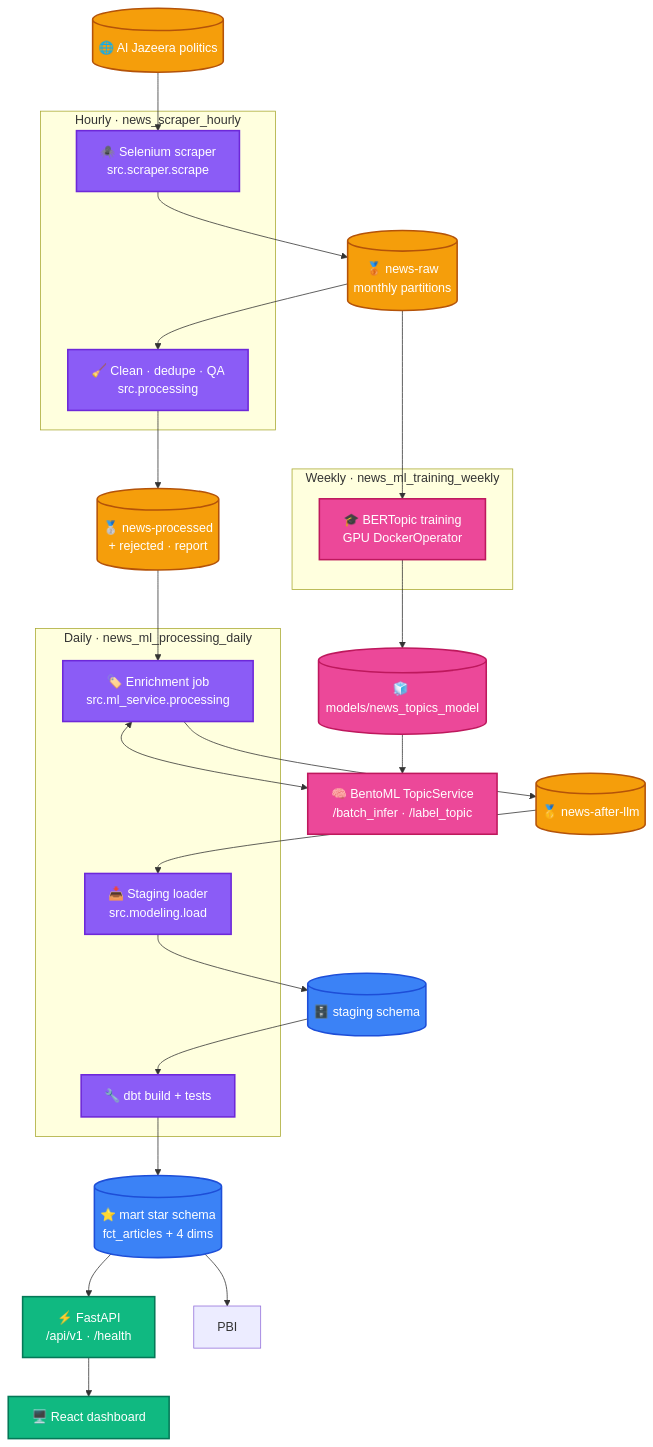
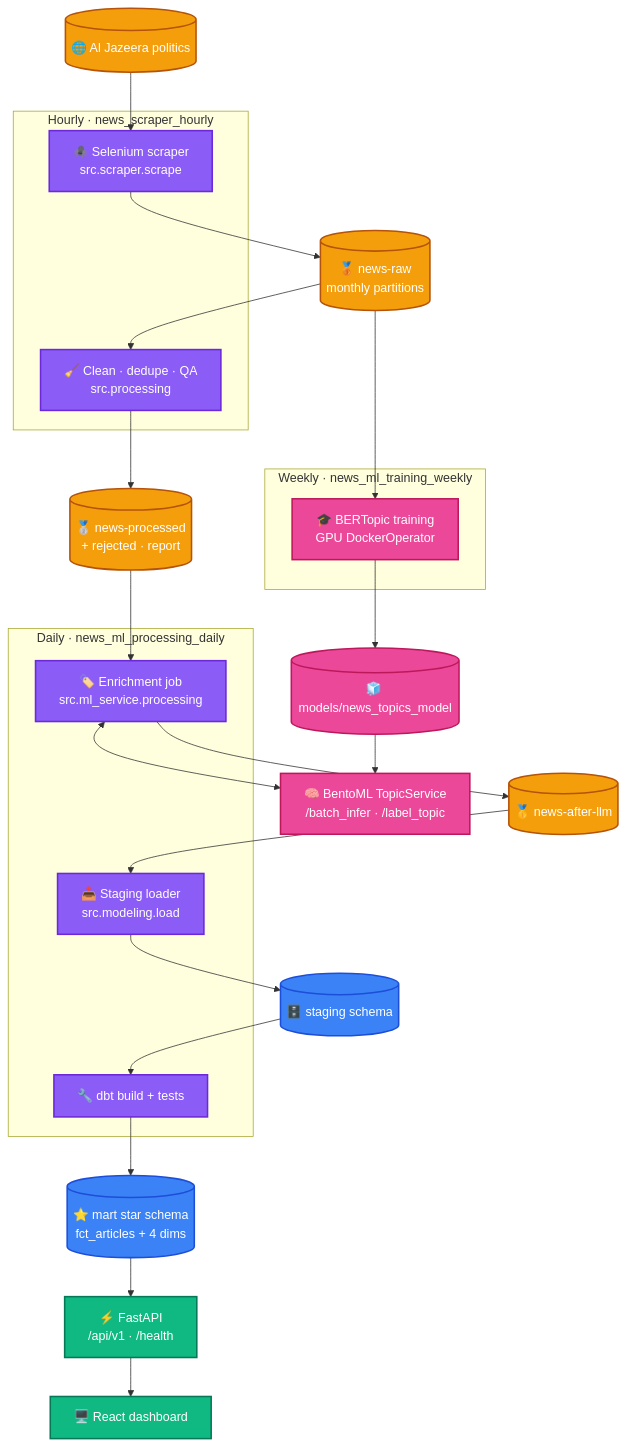
Before and after one commit to Asem-Saber/Eyes-on-the-Middle-East: the diagram in README.md, drawn with Mermaid.

Commit message:
add project's final version documentation

````diff
--- a/README.md
+++ b/README.md
@@ -46,46 +46,45 @@
 ```mermaid
 graph TD
     classDef lake fill:#f59e0b,stroke:#b45309,stroke-width:2px,color:#fff
     classDef job fill:#8b5cf6,stroke:#6d28d9,stroke-width:2px,color:#fff
     classDef store fill:#3b82f6,stroke:#1d4ed8,stroke-width:2px,color:#fff
     classDef serve fill:#10b981,stroke:#047857,stroke-width:2px,color:#fff
     classDef ml fill:#ec4899,stroke:#be185d,stroke-width:2px,color:#fff
 
     Feed[("🌐 Al Jazeera politics")]:::lake
 
     subgraph Hourly ["Hourly · news_scraper_hourly"]
         Scrape["🕷️ Selenium scraper<br>src.scraper.scrape"]:::job
         Clean["🧹 Clean · dedupe · QA<br>src.processing"]:::job
     end
 
     Bronze[("🥉 news-raw<br>monthly partitions")]:::lake
     Silver[("🥈 news-processed<br>+ rejected · report")]:::lake
 
     subgraph Daily ["Daily · news_ml_processing_daily"]
         Enrich["🏷️ Enrichment job<br>src.ml_service.processing"]:::job
         Load["📥 Staging loader<br>src.modeling.load"]:::job
         Dbt["🔧 dbt build + tests"]:::job
     end
 
     Bento["🧠 BentoML TopicService<br>/batch_infer · /label_topic"]:::ml
     Gold[("🥇 news-after-llm")]:::lake
     Staging[("🗄️ staging schema")]:::store
     Mart[("⭐ mart star schema<br>fct_articles + 4 dims")]:::store
 
     subgraph Weekly ["Weekly · news_ml_training_weekly"]
         Train["🎓 BERTopic training<br>GPU DockerOperator"]:::ml
     end
 
     Models[("🧊 models/news_topics_model")]:::ml
 
     API["⚡ FastAPI<br>/api/v1 · /health"]:::serve
     UI["🖥️ React dashboard"]:::serve
 
     Feed --> Scrape --> Bronze --> Clean --> Silver
     Silver --> Enrich
     Enrich <--> Bento
     Enrich --> Gold --> Load --> Staging --> Dbt --> Mart
     Mart --> API --> UI
-    Mart --> PBI
     Bronze --> Train --> Models --> Bento
 ```
````
